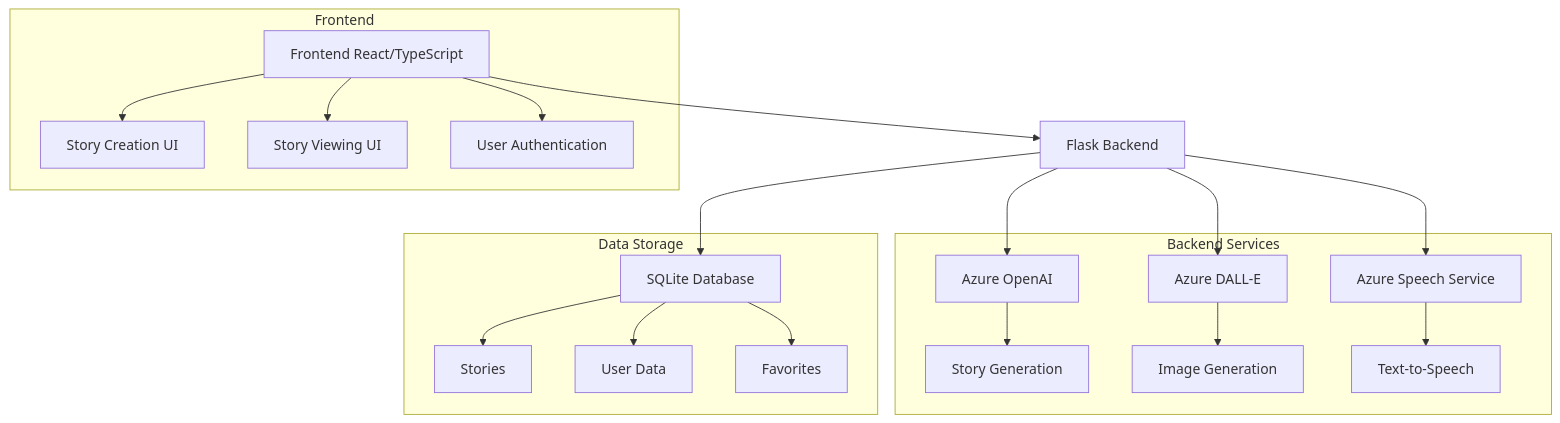
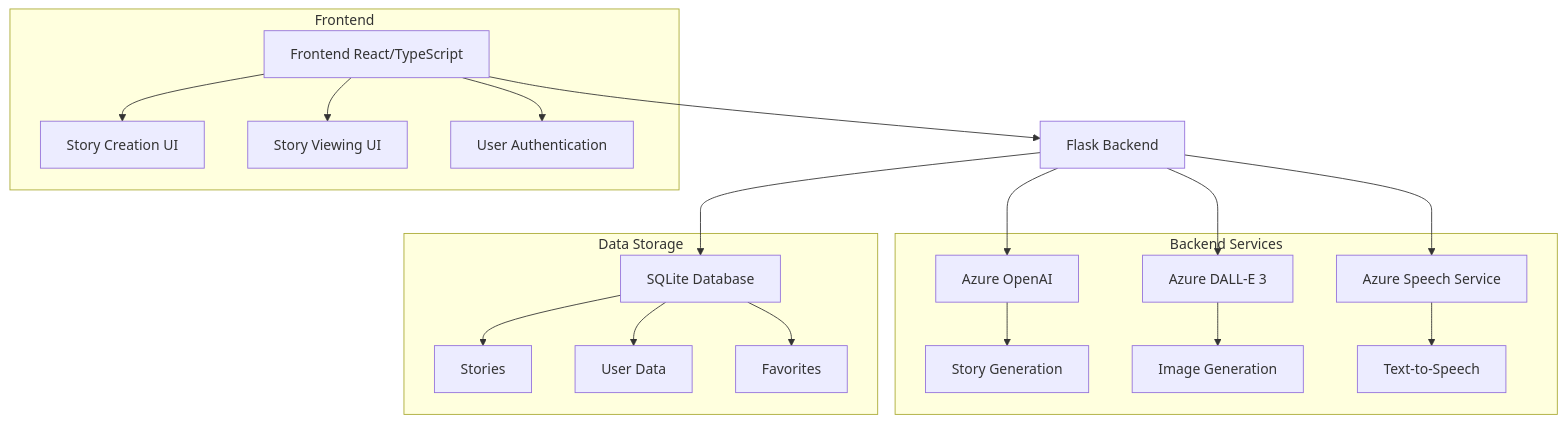
Before and after one commit to ajmalrasouli/ai-storyteller: the first of 2 diagrams in README.md, drawn with Mermaid. The commit also changed other lines of this file and 5 other files, not shown here.

````diff
--- a/README.md
+++ b/README.md
@@ -133,26 +143,26 @@
 ```mermaid
 graph TD
     A[Frontend React/TypeScript] --> B[Flask Backend]
     B --> C[SQLite Database]
     B --> D[Azure OpenAI]
-    B --> E[Azure DALL-E]
+    B --> E[Azure DALL-E 3]
     B --> F[Azure Speech Service]
     
     subgraph Frontend
         A --> G[Story Creation UI]
         A --> H[Story Viewing UI]
         A --> I[User Authentication]
     end
     
     subgraph Backend Services
         D --> J[Story Generation]
         E --> K[Image Generation]
         F --> L[Text-to-Speech]
     end
     
     subgraph Data Storage
         C --> M[Stories]
         C --> N[User Data]
         C --> O[Favorites]
     end
 ```
````
